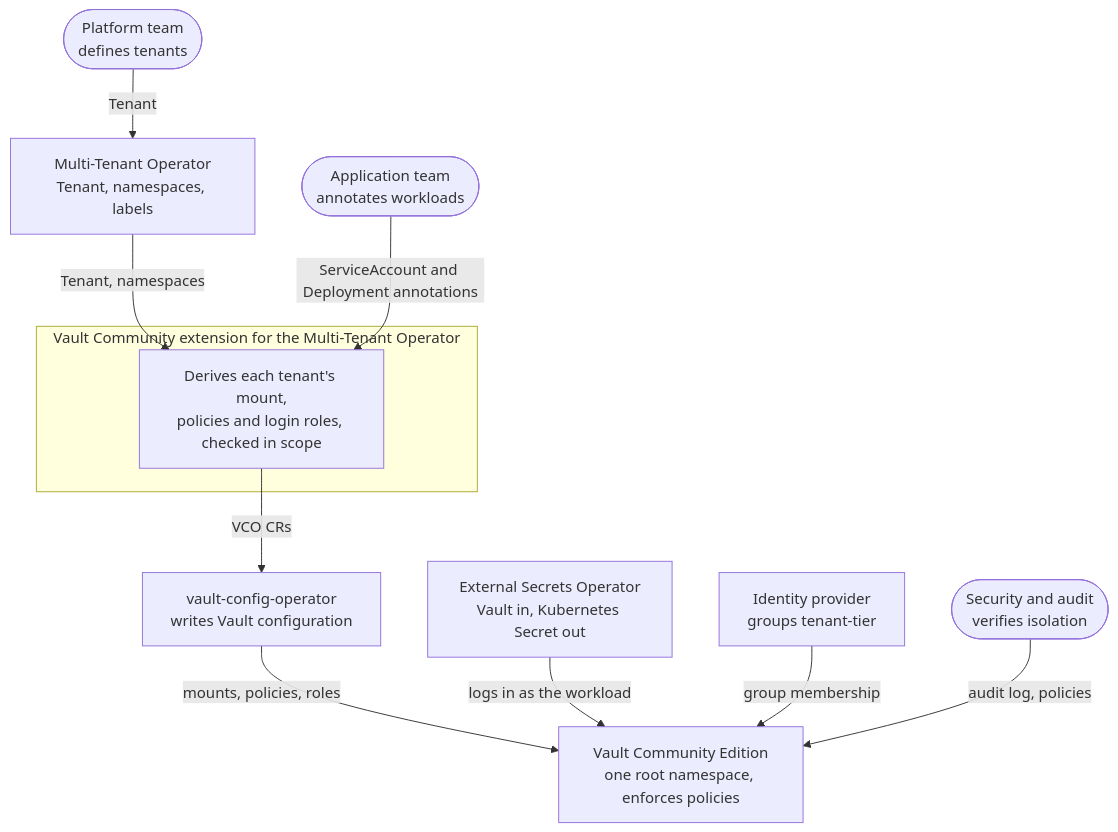
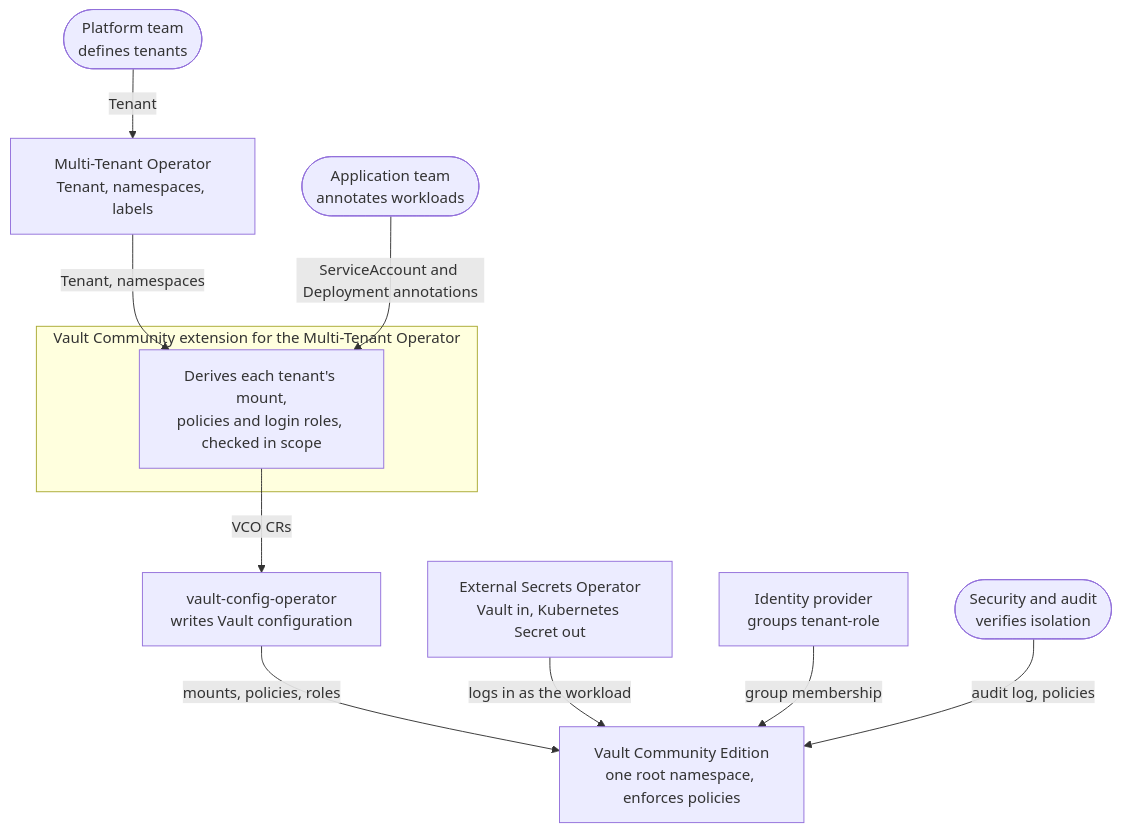
One commit to stakater/mto-extension-vault-community changed the first of 6 diagrams in docs/diagrams.md. Above: the diagram before and after it, drawn with Mermaid. The commit also changed other lines of this file and 77 other files, not shown here.

````diff
--- a/docs/diagrams.md
+++ b/docs/diagrams.md
@@ -8,22 +8,22 @@
 ```mermaid
 flowchart TB
   PT([Platform team<br/>defines tenants])
   AT([Application team<br/>annotates workloads])
   SEC([Security and audit<br/>verifies isolation])
   subgraph SYS[Vault Community extension for the Multi-Tenant Operator]
     EXT[Derives each tenant's mount,<br/>policies and login roles, checked in scope]
   end
   MTO[Multi-Tenant Operator<br/>Tenant, namespaces, labels]
   VCO[vault-config-operator<br/>writes Vault configuration]
   V[Vault Community Edition<br/>one root namespace, enforces policies]
   ESO[External Secrets Operator<br/>Vault in, Kubernetes Secret out]
-  IDP[Identity provider<br/>groups tenant-tier]
+  IDP[Identity provider<br/>groups tenant-role]
   PT -->|Tenant| MTO
   MTO -->|Tenant, namespaces| EXT
   AT -->|ServiceAccount and Deployment annotations| EXT
   EXT -->|VCO CRs| VCO
   VCO -->|mounts, policies, roles| V
   ESO -->|logs in as the workload| V
   IDP -->|group membership| V
   SEC -->|audit log, policies| V
 ```
````
